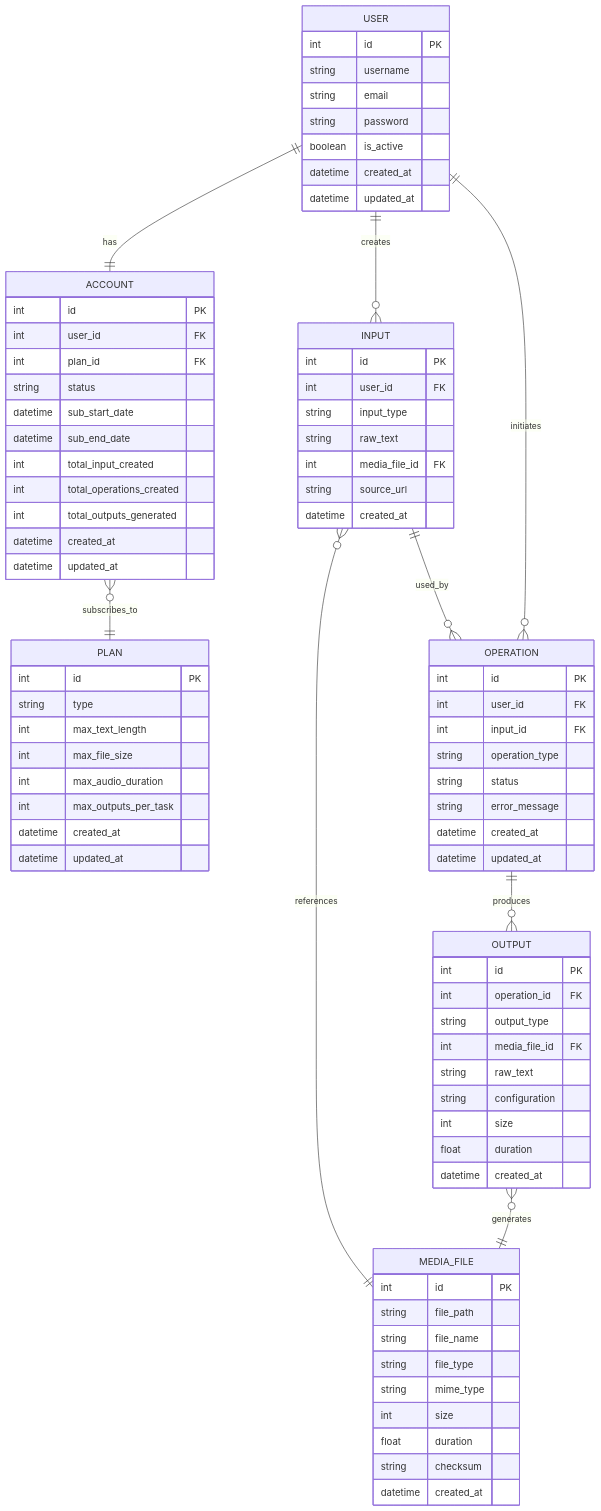
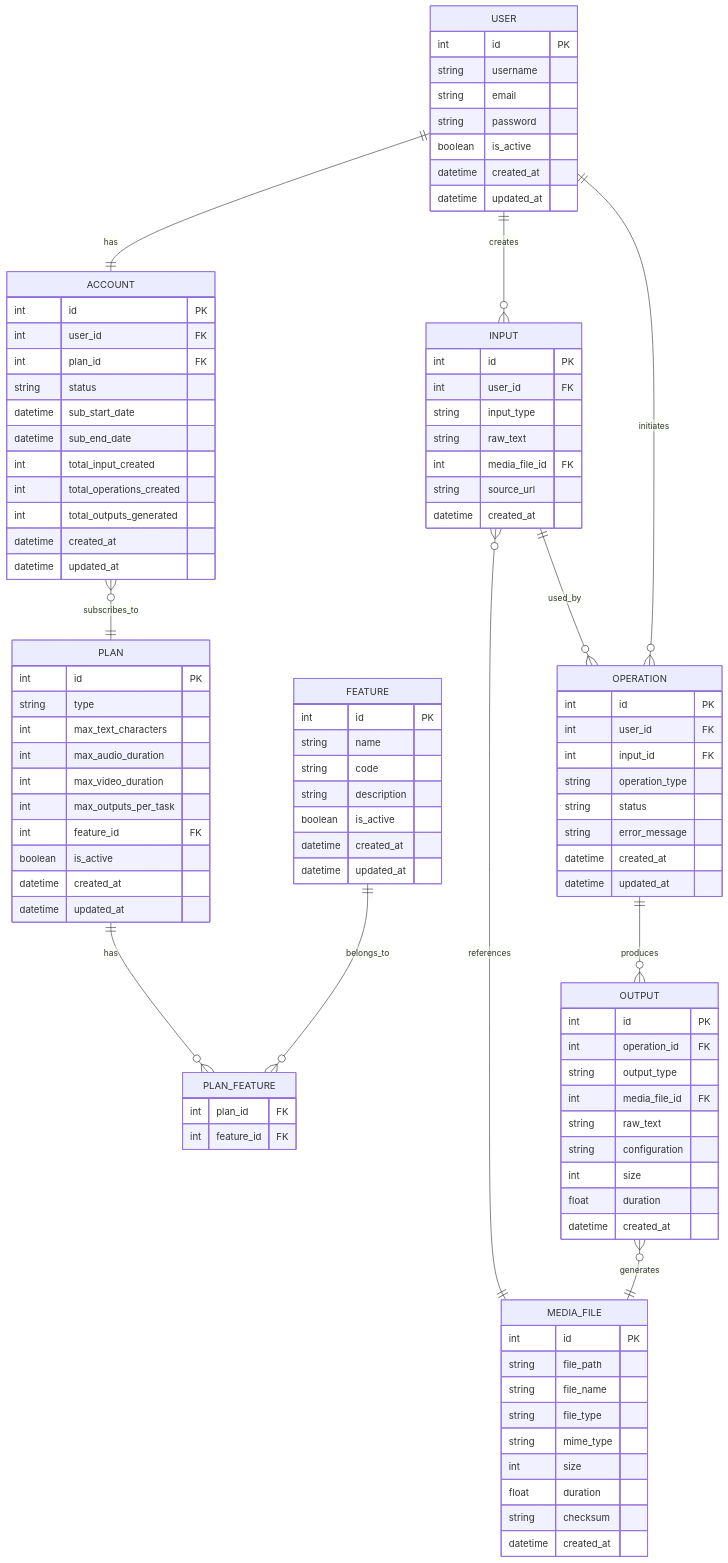
The diagram in ERD.md (NelMatrix743/text-speaker-io), drawn with Mermaid before and after one commit.

Commit message:
feat: define feature model to track plan features separately

```diff
--- a/ERD.md
+++ b/ERD.md
@@ -7,17 +7,6 @@
         string email
         string password
         boolean is_active
-        datetime created_at
-        datetime updated_at
-    }
-
-    PLAN {
-        int id PK
-        string type
-        int max_text_length
-        int max_file_size
-        int max_audio_duration
-        int max_outputs_per_task
         datetime created_at
         datetime updated_at
     }
@@ -34,6 +23,34 @@
         int total_outputs_generated
         datetime created_at
         datetime updated_at
+    }
+
+    PLAN {
+        int id PK
+        string type
+        int max_text_characters
+        int max_audio_duration
+        int max_video_duration
+        int max_outputs_per_task
+        int feature_id FK
+        boolean is_active
+        datetime created_at
+        datetime updated_at
+    }
+
+    FEATURE {
+        int id PK
+        string name
+        string code
+        string description
+        boolean is_active
+        datetime created_at
+        datetime updated_at
+    }
+
+    PLAN_FEATURE {
+        int plan_id FK
+        int feature_id FK
     }
 
     MEDIA_FILE {
@@ -84,6 +101,9 @@
     USER ||--|| ACCOUNT : has
     ACCOUNT }o--|| PLAN : subscribes_to
 
+    PLAN ||--o{ PLAN_FEATURE : has
+    FEATURE ||--o{ PLAN_FEATURE : belongs_to
+
     USER ||--o{ INPUT : creates
     INPUT }o--|| MEDIA_FILE : references
 
```
